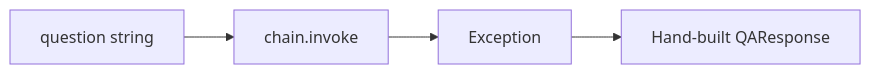
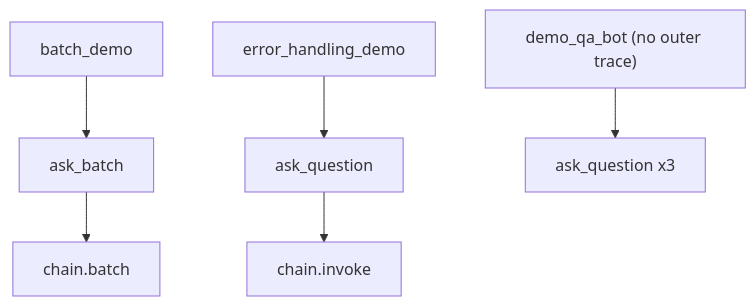
The second of 2 diagrams in README.md (jkv8fwytbf-byte/learning_langchain), drawn with Mermaid before and after one commit. The commit also changed other lines of this file, not shown here.

````diff
--- a/README.md
+++ b/README.md
@@ -148,10 +344,16 @@
 ```mermaid
-flowchart LR
-  question[question string]
-  chain[chain.invoke]
-  error[Exception]
-  fallback[Hand-built QAResponse]
-  question --> chain
-  chain --> error
-  error --> fallback
+flowchart TB
+  batchDemo[batch_demo]
+  askBatch[ask_batch]
+  chainBatch[chain.batch]
+  batchDemo --> askBatch --> chainBatch
+
+  errDemo[error_handling_demo]
+  askQ[ask_question]
+  chainInvoke[chain.invoke]
+  errDemo --> askQ --> chainInvoke
+
+  qaDemo["demo_qa_bot (no outer trace)"]
+  askQ2[ask_question x3]
+  qaDemo --> askQ2
 ```
````
